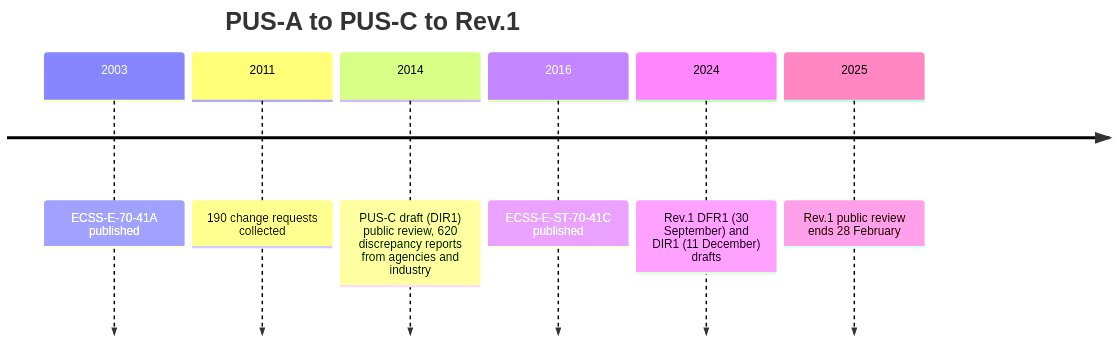
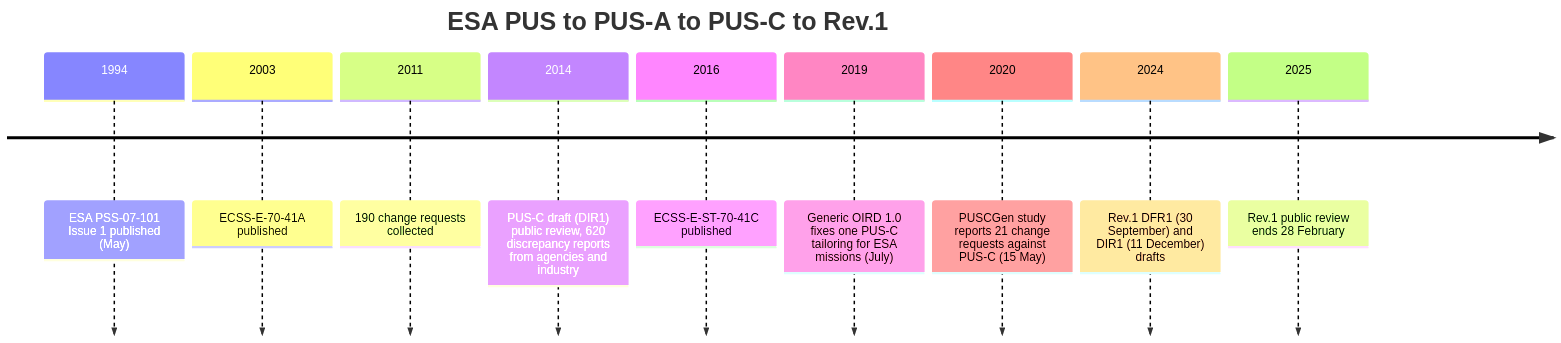
One commit to feiteira/OPEN-SPACE-INFO changed the diagram in docs/ecss/pus/pus-a-vs-pus-c.md. Above: the diagram before and after it, drawn with Mermaid. The commit also changed other lines of this file and 1311 other files, not shown here.

````diff
--- a/docs/ecss/pus/pus-a-vs-pus-c.md
+++ b/docs/ecss/pus/pus-a-vs-pus-c.md
@@ -45,10 +207,13 @@
 ```mermaid
 timeline
-  title PUS-A to PUS-C to Rev.1
+  title ESA PUS to PUS-A to PUS-C to Rev.1
+  1994 : ESA PSS-07-101 Issue 1 published (May)
   2003 : ECSS-E-70-41A published
   2011 : 190 change requests collected
   2014 : PUS-C draft (DIR1) public review, 620 discrepancy reports from agencies and industry
   2016 : ECSS-E-ST-70-41C published
+  2019 : Generic OIRD 1.0 fixes one PUS-C tailoring for ESA missions (July)
+  2020 : PUSCGen study reports 21 change requests against PUS-C (15 May)
   2024 : Rev.1 DFR1 (30 September) and DIR1 (11 December) drafts
   2025 : Rev.1 public review ends 28 February
 ```
````
